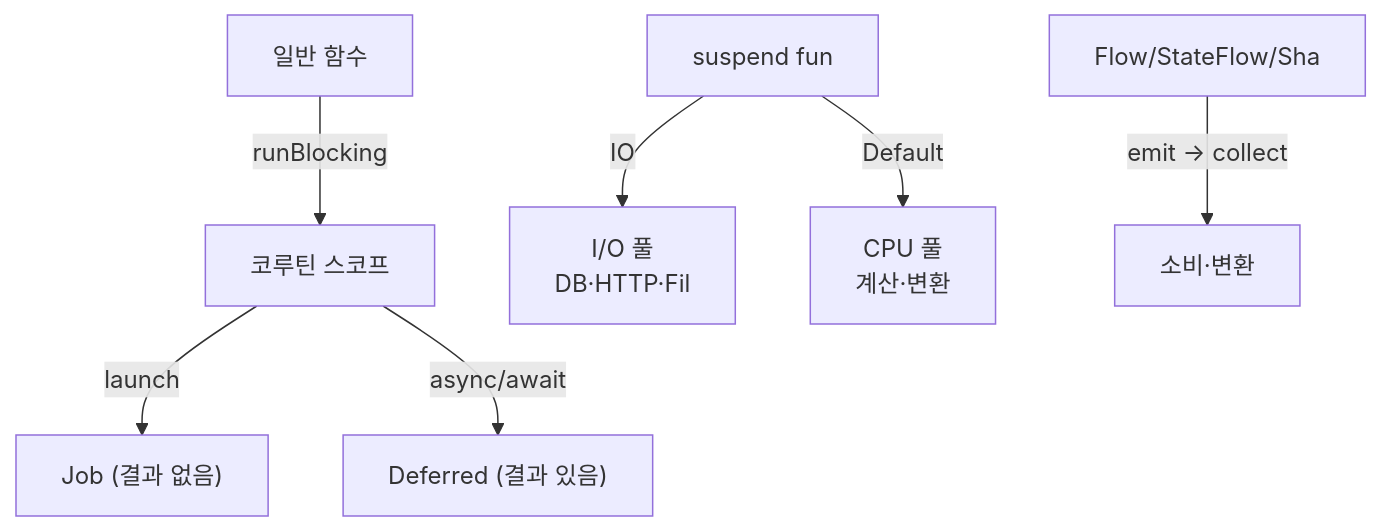
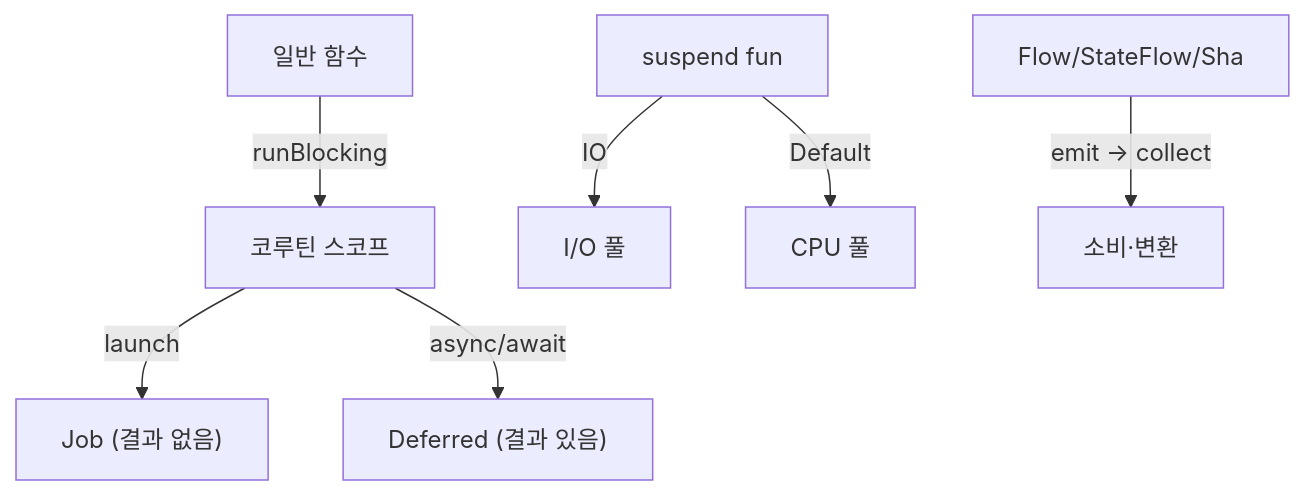
One commit to yjkim2015/yjkim2015.github.io changed the fourth of 4 diagrams in _posts/kotlin/2026-05-02-kotlin-coroutines.md. Above: the diagram before and after it, drawn with Mermaid. The commit also changed other lines of this file and 217 other files, not shown here.

First line of the commit message:
Mermaid 크기 수정: useMaxWidth:true + SVG max-width:100% + 라벨 축소

````diff
--- a/_posts/kotlin/2026-05-02-kotlin-coroutines.md
+++ b/_posts/kotlin/2026-05-02-kotlin-coroutines.md
@@ -543,9 +543,9 @@
 ```mermaid
 flowchart TD
     Normal["일반 함수"] -->|runBlocking| Scope["코루틴 스코프"]
     Scope -->|launch| Job["Job (결과 없음)"]
     Scope -->|async/await| Deferred["Deferred (결과 있음)"]
-    SuspendFn["suspend fun"] -->|IO| IOPool["I/O 풀\nDB·HTTP·Fil"]
-    SuspendFn -->|Default| CPUPool["CPU 풀\n계산·변환"]
+    SuspendFn["suspend fun"] -->|IO| IOPool["I/O 풀"]
+    SuspendFn -->|Default| CPUPool["CPU 풀"]
     Flow["Flow/StateFlow/Sha"] -->|"emit → collect"| Consume["소비·변환"]
 ```
````
